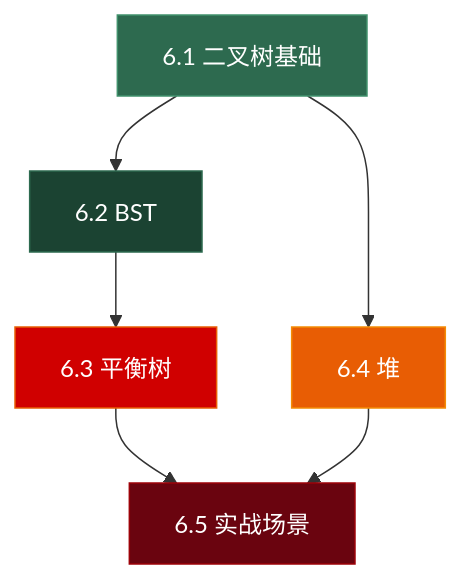
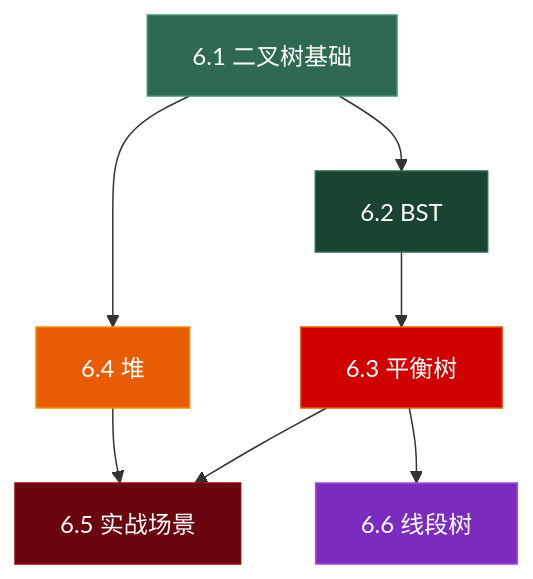
Before and after one commit to Lumivers/firefly: the diagram in src/content/posts/data_structure/tree/index.md, drawn with Mermaid. The commit also changed other lines of this file and 8 other files, not shown here.

Commit message:
feat: add new documentation posts for tree and graph data structures

````diff
--- a/src/content/posts/data_structure/tree/index.md
+++ b/src/content/posts/data_structure/tree/index.md
@@ -117,14 +130,16 @@
 ```mermaid
 graph TD
     A["6.1 二叉树基础"] --> B["6.2 BST"]
     B --> C["6.3 平衡树"]
     A --> D["6.4 堆"]
     C --> E["6.5 实战场景"]
     D --> E
+    C --> F["6.6 线段树"]
 
     style A fill:#2d6a4f,stroke:#40916c,color:white
     style B fill:#1b4332,stroke:#2d6a4f,color:white
     style C fill:#d00000,stroke:#e85d04,color:white
     style D fill:#e85d04,stroke:#f48c06,color:white
     style E fill:#6a040f,stroke:#9d0208,color:white
+    style F fill:#7b2cbf,stroke:#9d4edd,color:white
 ```
````
